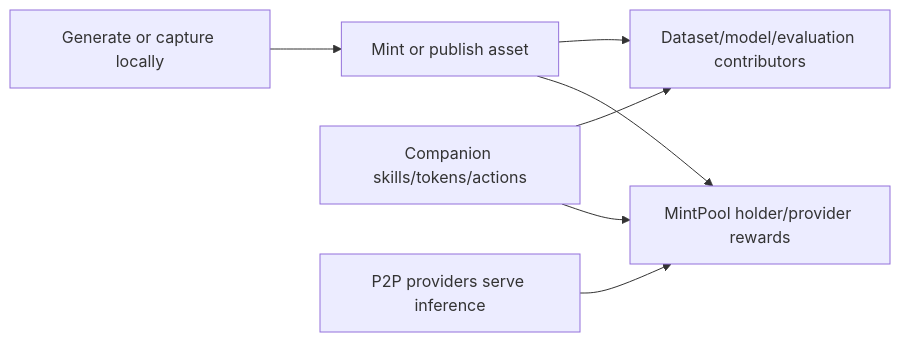
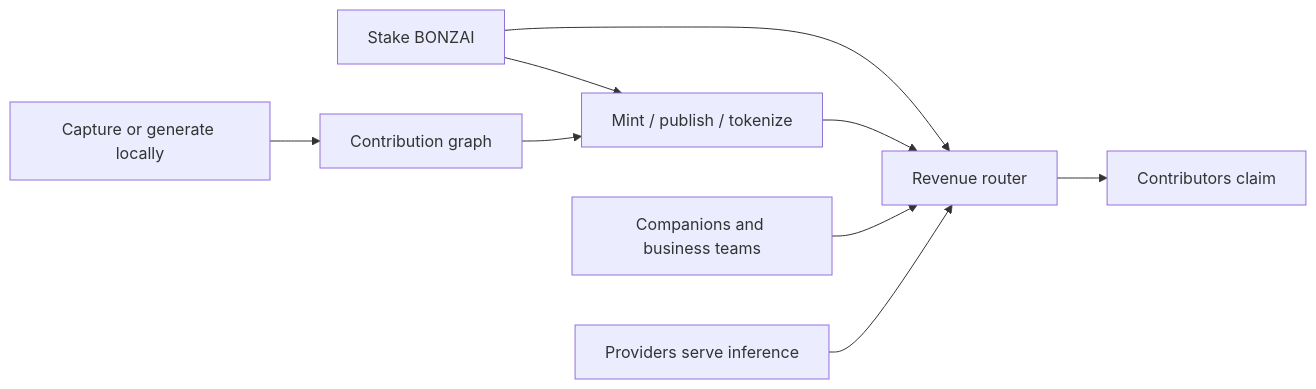
The diagram in web3/README.md (bonzai-depin/bonzai-docs), drawn with Mermaid before and after one commit. The commit also changed other lines of this file and 78 other files, not shown here.

````diff
--- a/web3/README.md
+++ b/web3/README.md
@@ -18,16 +24,20 @@
 ```mermaid
 flowchart LR
-  Generate["Generate or capture locally"]
-  Mint["Mint or publish asset"]
-  Pools["MintPool holder/provider rewards"]
-  Companions["Companion skills/tokens/actions"]
-  Providers["P2P providers serve inference"]
-  Contributors["Dataset/model/evaluation contributors"]
+  Capture["Capture or generate locally"]
+  Stake["Stake BONZAI"]
+  Provenance["Contribution graph"]
+  Publish["Mint / publish / tokenize"]
+  Router["Revenue router"]
+  Companions["Companions and business teams"]
+  Providers["Providers serve inference"]
+  Contributors["Contributors claim"]
 
-  Generate --> Mint
-  Mint --> Pools
-  Mint --> Contributors
-  Providers --> Pools
-  Companions --> Pools
-  Companions --> Contributors
+  Capture --> Provenance
+  Stake --> Publish
+  Stake --> Router
+  Provenance --> Publish
+  Publish --> Router
+  Companions --> Router
+  Providers --> Router
+  Router --> Contributors
 ```
````
